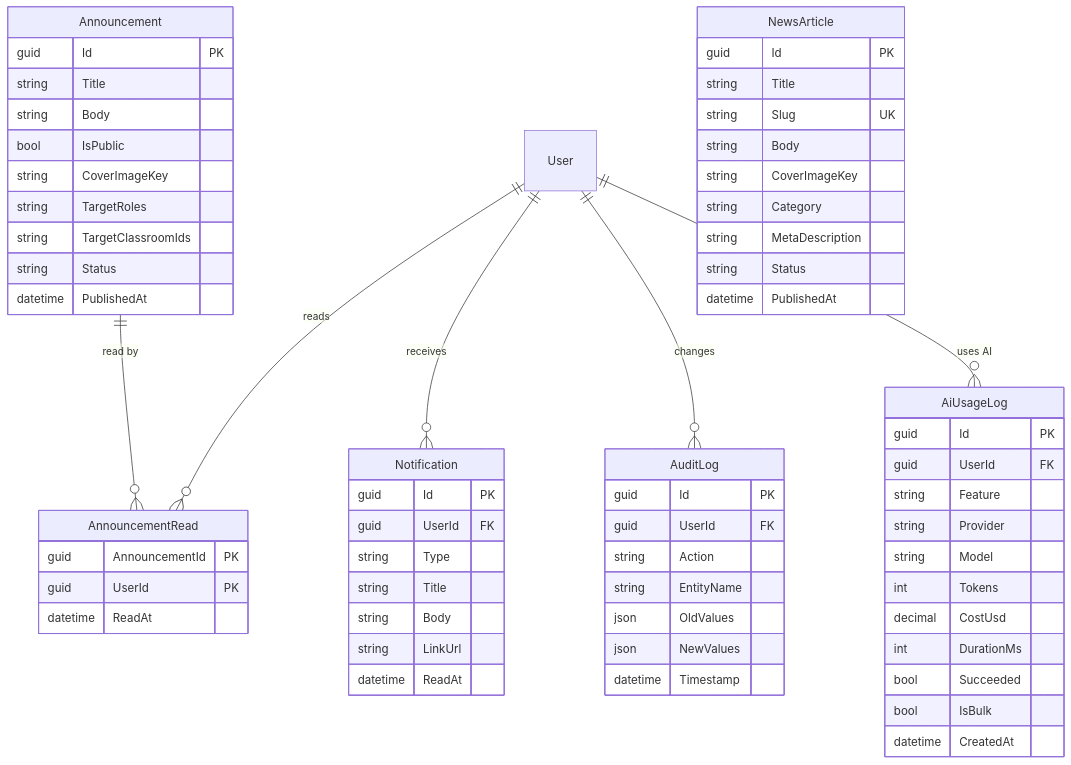
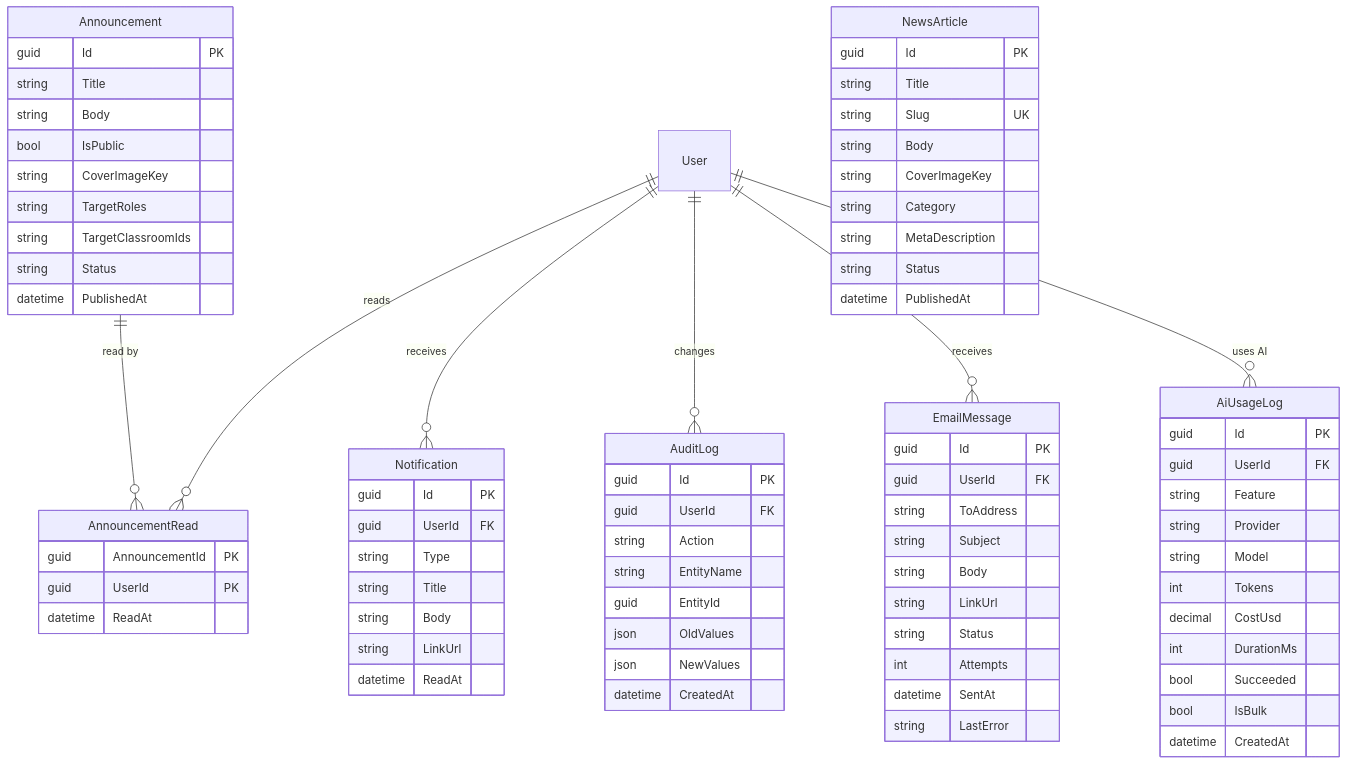
The seventh of 9 diagrams in docs/en/system-design.md (ridhwanhabib18/schomans), drawn with Mermaid before and after one commit. The commit also changed other lines of this file and 12 other files, not shown here.

````diff
--- a/docs/en/system-design.md
+++ b/docs/en/system-design.md
@@ -486,68 +486,82 @@
 ```mermaid
 %% Source: diagrams/erd.mmd (news, announcements, notifications, audit & AI)
 erDiagram
   Announcement ||--o{ AnnouncementRead : "read by"
   User ||--o{ AnnouncementRead : "reads"
   User ||--o{ Notification : "receives"
   User ||--o{ AuditLog : "changes"
+  User ||--o{ EmailMessage : "receives"
   User ||--o{ AiUsageLog : "uses AI"
 
   NewsArticle {
     guid Id PK
     string Title
     string Slug UK
     string Body
     string CoverImageKey
     string Category
     string MetaDescription
     string Status
     datetime PublishedAt
   }
   Announcement {
     guid Id PK
     string Title
     string Body
     bool IsPublic
     string CoverImageKey
     string TargetRoles
     string TargetClassroomIds
     string Status
     datetime PublishedAt
   }
   AnnouncementRead {
     guid AnnouncementId PK
     guid UserId PK
     datetime ReadAt
   }
   Notification {
     guid Id PK
     guid UserId FK
     string Type
     string Title
     string Body
     string LinkUrl
     datetime ReadAt
   }
   AuditLog {
     guid Id PK
     guid UserId FK
     string Action
     string EntityName
+    guid EntityId
     json OldValues
     json NewValues
-    datetime Timestamp
+    datetime CreatedAt
+  }
+  EmailMessage {
+    guid Id PK
+    guid UserId FK
+    string ToAddress
+    string Subject
+    string Body
+    string LinkUrl
+    string Status
+    int Attempts
+    datetime SentAt
+    string LastError
   }
   AiUsageLog {
     guid Id PK
     guid UserId FK
     string Feature
     string Provider
     string Model
     int Tokens
     decimal CostUsd
     int DurationMs
     bool Succeeded
     bool IsBulk
     datetime CreatedAt
   }
 ```
````
